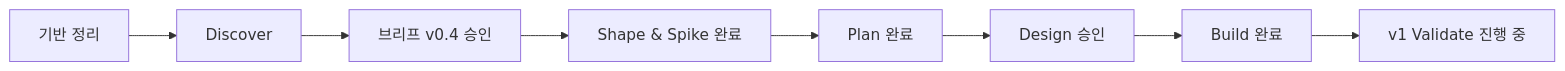
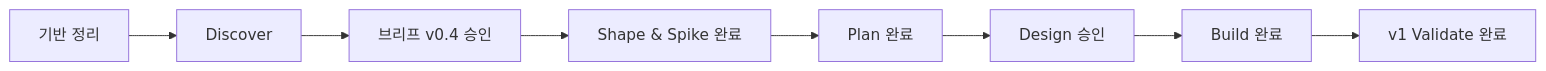
Before and after one commit to shotgun1107/codex-usage-tracker: the second of 2 diagrams in PROCESS.md, drawn with Mermaid. The commit also changed other lines of this file and 2 other files, not shown here.

````diff
--- a/PROCESS.md
+++ b/PROCESS.md
@@ -76,4 +76,4 @@
 ```mermaid
 flowchart LR
-    A["기반 정리"] --> B["Discover"] --> C["브리프 v0.4 승인"] --> D["Shape & Spike 완료"] --> E["Plan 완료"] --> F["Design 승인"] --> G["Build 완료"] --> H["v1 Validate 진행 중"]
+    A["기반 정리"] --> B["Discover"] --> C["브리프 v0.4 승인"] --> D["Shape & Spike 완료"] --> E["Plan 완료"] --> F["Design 승인"] --> G["Build 완료"] --> H["v1 Validate 완료"]
 ```
````
